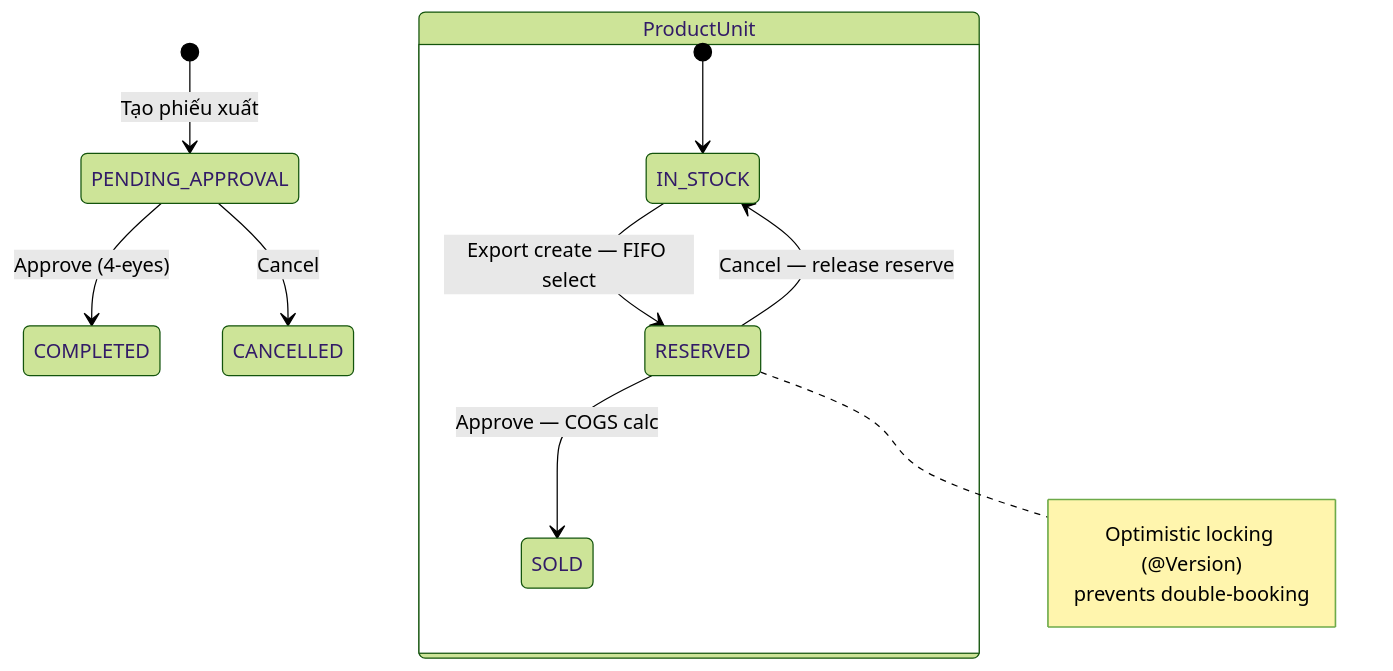
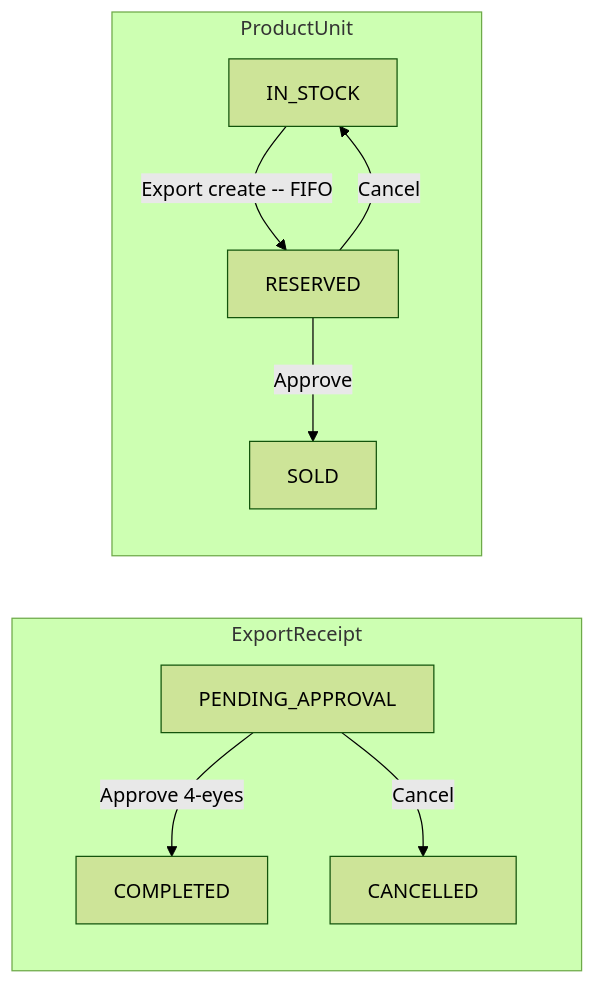
One commit to Java-Inventory-Management-System/Projects changed the first of 2 diagrams in docs/flows/be/02-export-flow.md. Above: the diagram before and after it, drawn with Mermaid (forest theme). The commit also changed 7 other files, not shown here.

Commit message:
docs: convert BE state machines from stateDiagram-v2 to flowchart LR for clean layout

````diff
--- a/docs/flows/be/02-export-flow.md
+++ b/docs/flows/be/02-export-flow.md
@@ -36,16 +36,13 @@
 ```mermaid
-stateDiagram-v2
-    [*] --> PENDING_APPROVAL : Tạo phiếu xuất
+flowchart LR
+    subgraph "ExportReceipt"
+        PA[PENDING_APPROVAL] -->|Approve 4-eyes| COMPLETED
+        PA -->|Cancel| CANCELLED
+    end
 
-    PENDING_APPROVAL --> COMPLETED : Approve (4-eyes)
-    PENDING_APPROVAL --> CANCELLED : Cancel
-
-    state "ProductUnit" as PU {
-        [*] --> IN_STOCK
-        IN_STOCK --> RESERVED : Export create — FIFO select
-        RESERVED --> SOLD : Approve — COGS calc
-        RESERVED --> IN_STOCK : Cancel — release reserve
-    }
-
-    note right of RESERVED : Optimistic locking (@Version)<br/>prevents double-booking
+    subgraph "ProductUnit"
+        IST[IN_STOCK] -->|Export create -- FIFO| RESERVED
+        RESERVED -->|Approve| SOLD
+        RESERVED -->|Cancel| IST
+    end
 ```
````
